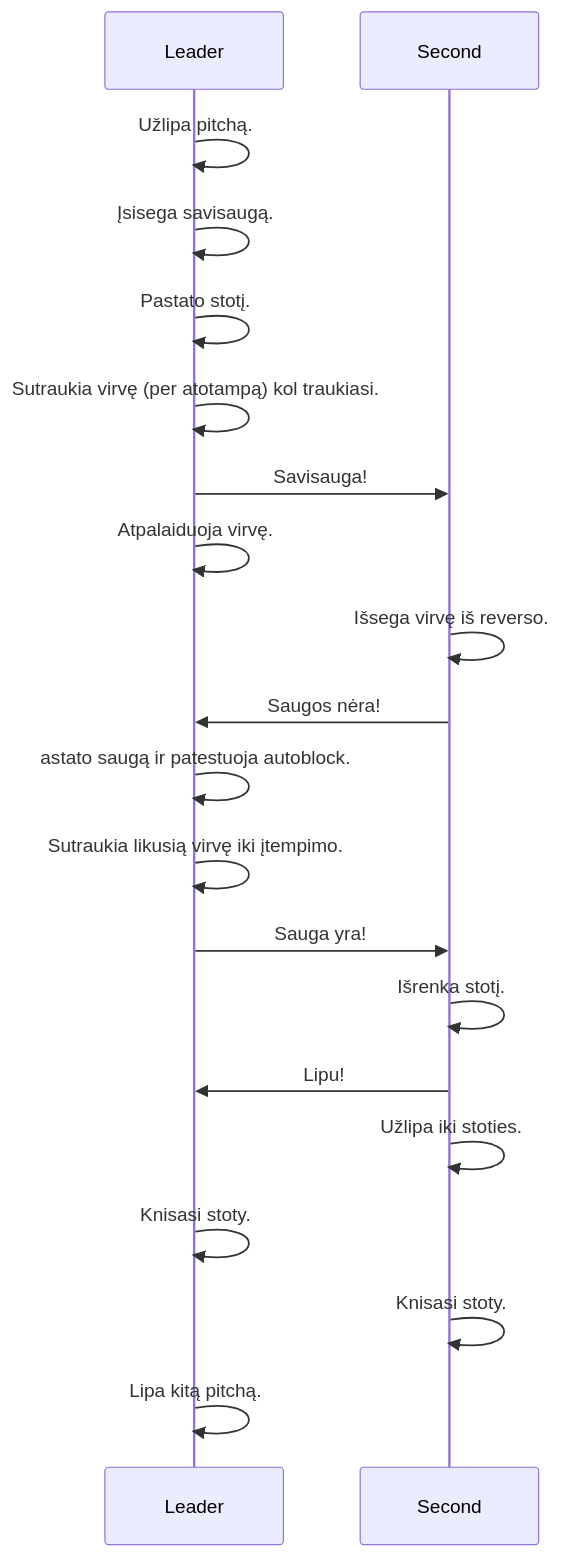
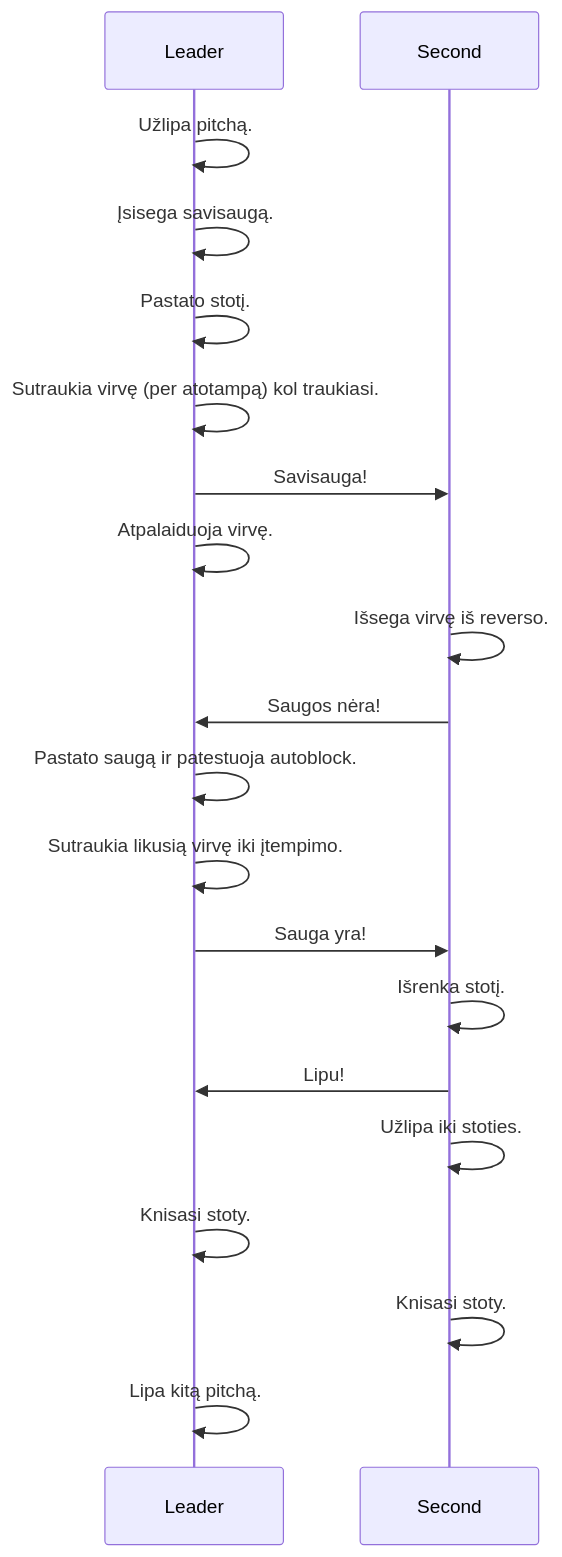
One commit to vzurauskas/multipitch changed the diagram in README.md. Above: the diagram before and after it, drawn with Mermaid. The commit also changed other lines of this file, not shown here.

````diff
--- a/README.md
+++ b/README.md
@@ -4,21 +4,21 @@
 ```mermaid
 sequenceDiagram
     Leader ->> Leader: Užlipa pitchą.
     Leader ->> Leader: Įsisega savisaugą.
     Leader ->> Leader: Pastato stotį.
     Leader ->> Leader: Sutraukia virvę (per atotampą) kol traukiasi.
     Leader ->> Second: Savisauga!
     Leader ->> Leader: Atpalaiduoja virvę.
     Second ->> Second: Išsega virvę iš reverso.
     Second ->> Leader: Saugos nėra!
-    Leader ->> Leader: astato saugą ir patestuoja autoblock.
+    Leader ->> Leader: Pastato saugą ir patestuoja autoblock.
     Leader ->> Leader: Sutraukia likusią virvę iki įtempimo.
     Leader ->> Second: Sauga yra!
     Second ->> Second: Išrenka stotį.
     Second ->> Leader: Lipu!
     Second ->> Second: Užlipa iki stoties.
     Leader ->> Leader: Knisasi stoty.
     Second ->> Second: Knisasi stoty.
     Leader ->> Leader: Lipa kitą pitchą.
     
 ```
````
